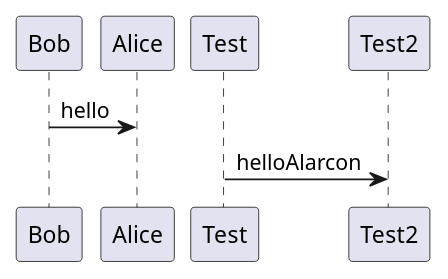
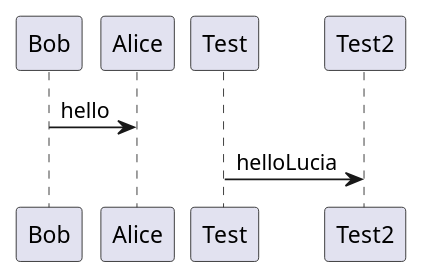
The diagram in diagrams/first.puml (falarcond/plantuml), drawn with PlantUML before and after one commit.

```diff
--- a/diagrams/first.puml
+++ b/diagrams/first.puml
@@ -1,4 +1,4 @@
 @startuml
 Bob -> Alice : hello
-Test -> Test2 : helloAlarcon
+Test -> Test2 : helloLucia
 @enduml
```
